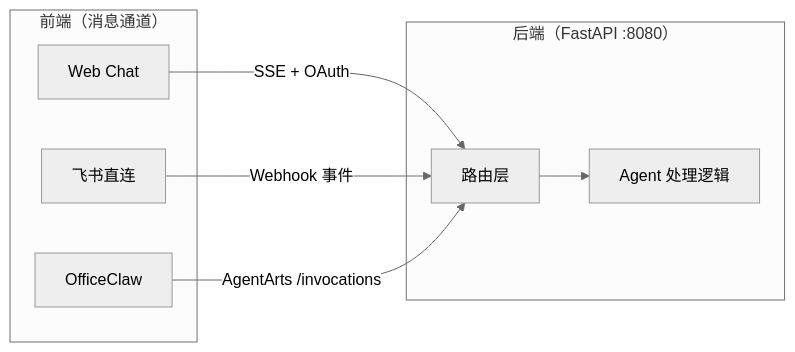
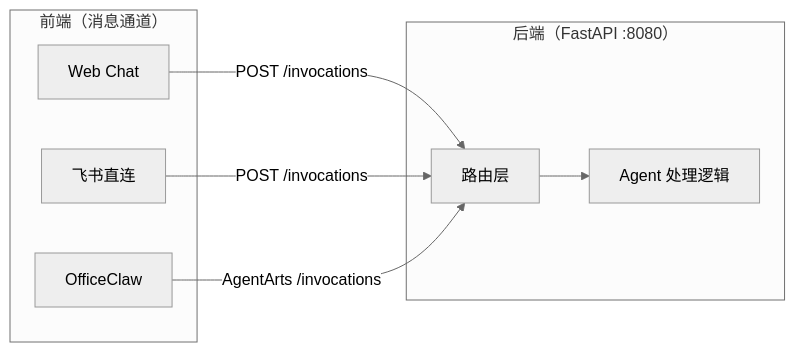
Before and after one commit to T-1009/personal-assistant: the second of 7 diagrams in personal-assistant-meta/architecture/overall_architecture.md, drawn with Mermaid (neutral theme). The commit also changed other lines of this file, not shown here.

Commit message:
更新架构图

````diff
--- a/personal-assistant-meta/architecture/overall_architecture.md
+++ b/personal-assistant-meta/architecture/overall_architecture.md
@@ -87,18 +88,18 @@
 ```mermaid
 flowchart LR
     subgraph Frontends["前端（消息通道）"]
         WebChat["Web Chat"]
         Feishu["飞书直连"]
         OC["OfficeClaw"]
     end
 
     subgraph Backend["后端（FastAPI :8080）"]
         Routes["路由层"]
         Handler["Agent 处理逻辑"]
     end
 
-    WebChat -->|"SSE + OAuth"| Routes
-    Feishu -->|"Webhook 事件"| Routes
+    WebChat -->|"POST /invocations"| Routes
+    Feishu -->|"POST /invocations"| Routes
     OC -->|"AgentArts /invocations"| Routes
     Routes --> Handler
 ```
````
